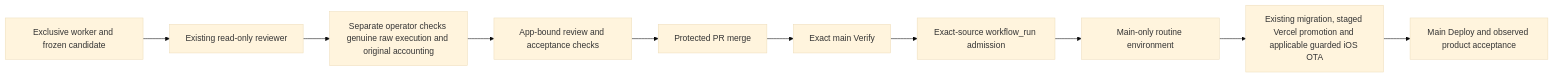
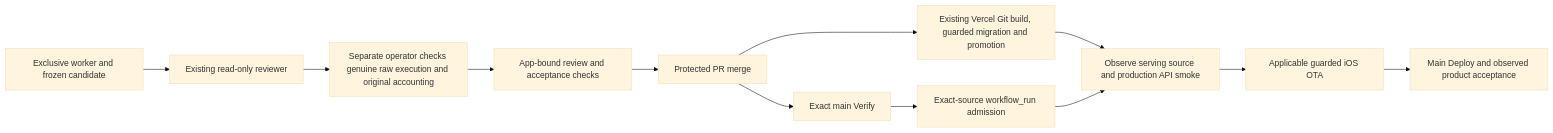
The diagram in docs/engineering/devops/shipping-control-setup/README.md (dgmolla/fitsy), drawn with Mermaid (base theme) before and after one commit. The commit also changed other lines of this file and 13 other files, not shown here.

Commit message:
fix: use existing Git production deployment

````diff
--- a/docs/engineering/devops/shipping-control-setup/README.md
+++ b/docs/engineering/devops/shipping-control-setup/README.md
@@ -17,12 +17,14 @@
 ```mermaid
 flowchart LR
     W[Exclusive worker and frozen candidate] --> R[Existing read-only reviewer]
     R --> O[Separate operator checks genuine raw execution and original accounting]
     O --> C[App-bound review and acceptance checks]
     C --> M[Protected PR merge]
+    M --> G[Existing Vercel Git build, guarded migration and promotion]
     M --> V[Exact main Verify]
     V --> A[Exact-source workflow_run admission]
-    A --> E[Main-only routine environment]
-    E --> D[Existing migration, staged Vercel promotion and applicable guarded iOS OTA]
-    D --> P[Main Deploy and observed product acceptance]
+    G --> D[Observe serving source and production API smoke]
+    A --> D
+    D --> E[Applicable guarded iOS OTA]
+    E --> P[Main Deploy and observed product acceptance]
 ```
````
